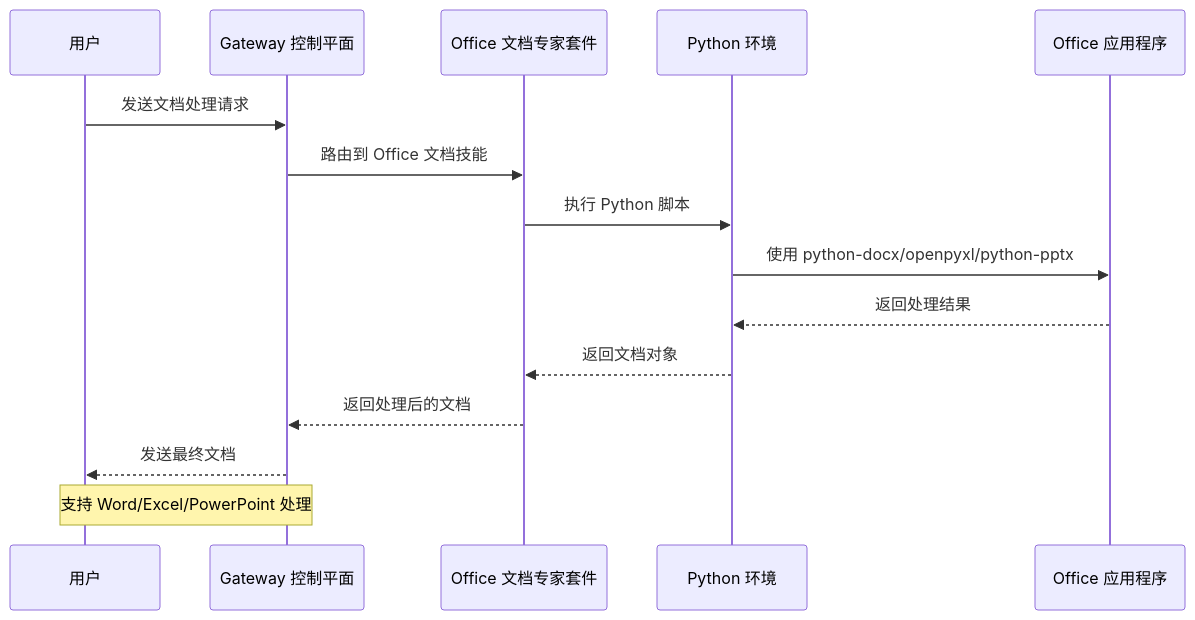
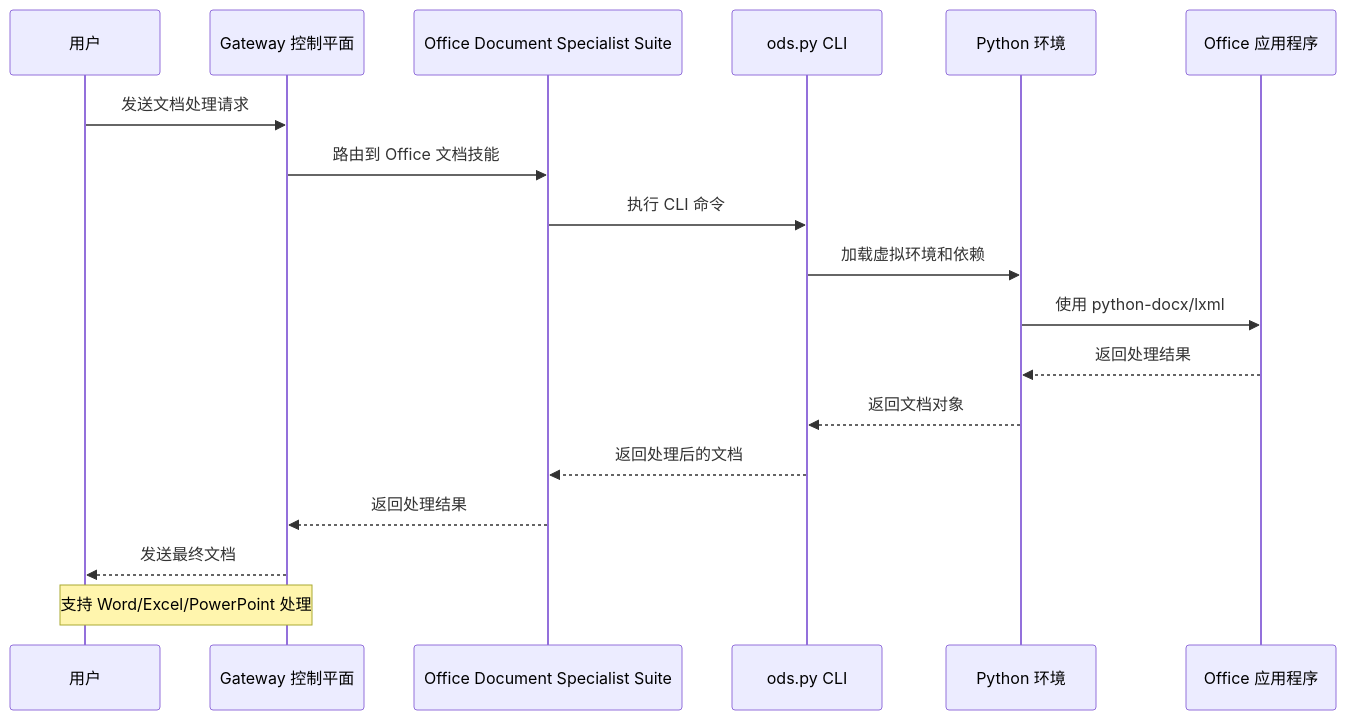
One commit to verse-ai-org/openclaw changed the second of 8 diagrams in .qoder/repowiki/zh/content/技能平台/内置技能/Office 文档专家套件.md. Above: the diagram before and after it, drawn with Mermaid. The commit also changed other lines of this file and 11 other files, not shown here.

````diff
--- a/.qoder/repowiki/zh/content/技能平台/内置技能/Office 文档专家套件.md
+++ b/.qoder/repowiki/zh/content/技能平台/内置技能/Office 文档专家套件.md
@@ -114,17 +148,20 @@
 ```mermaid
 sequenceDiagram
 participant User as 用户
 participant Gateway as Gateway 控制平面
-participant Skill as Office 文档专家套件
+participant Skill as Office Document Specialist Suite
+participant CLI as ods.py CLI
 participant Python as Python 环境
 participant Office as Office 应用程序
 User->>Gateway : 发送文档处理请求
 Gateway->>Skill : 路由到 Office 文档技能
-Skill->>Python : 执行 Python 脚本
-Python->>Office : 使用 python-docx/openpyxl/python-pptx
+Skill->>CLI : 执行 CLI 命令
+CLI->>Python : 加载虚拟环境和依赖
+Python->>Office : 使用 python-docx/lxml
 Office-->>Python : 返回处理结果
-Python-->>Skill : 返回文档对象
-Skill-->>Gateway : 返回处理后的文档
+Python-->>CLI : 返回文档对象
+CLI-->>Skill : 返回处理后的文档
+Skill-->>Gateway : 返回处理结果
 Gateway-->>User : 发送最终文档
 Note over User,Gateway : 支持 Word/Excel/PowerPoint 处理
 ```
````
